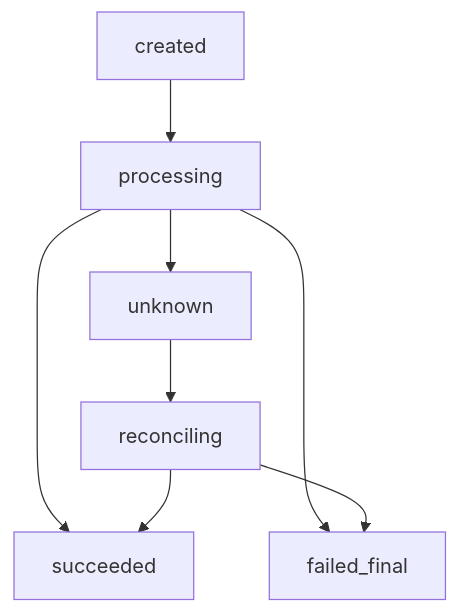
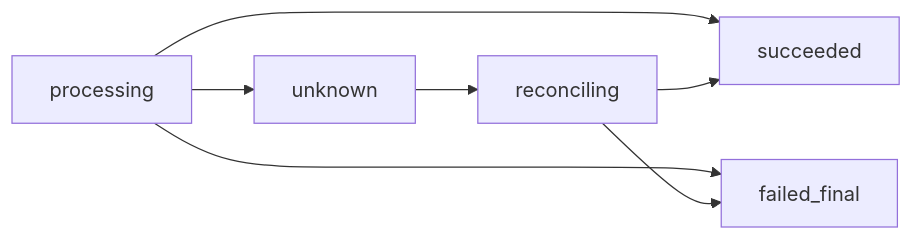
One commit to AvadhBhalodiya/Interview-Preparation changed the ninth of 9 diagrams in src/content/system-design/consistency-cap-retries.md. Above: the diagram before and after it, drawn with Mermaid. The commit also changed other lines of this file and 54 other files, not shown here.

````diff
--- a/src/content/system-design/consistency-cap-retries.md
+++ b/src/content/system-design/consistency-cap-retries.md
@@ -599,10 +640,9 @@
 ```mermaid
-flowchart TD
-    CREATED[created] --> PROCESSING[processing]
-    PROCESSING --> SUCCEEDED[succeeded]
-    PROCESSING --> FAILED[failed_final]
-    PROCESSING --> UNKNOWN[unknown]
-    UNKNOWN --> RECONCILING[reconciling]
-    RECONCILING --> SUCCEEDED
-    RECONCILING --> FAILED
+flowchart LR
+    P[processing] --> S[succeeded]
+    P --> F[failed_final]
+    P --> U[unknown]
+    U --> R[reconciling]
+    R --> S
+    R --> F
 ```
````
